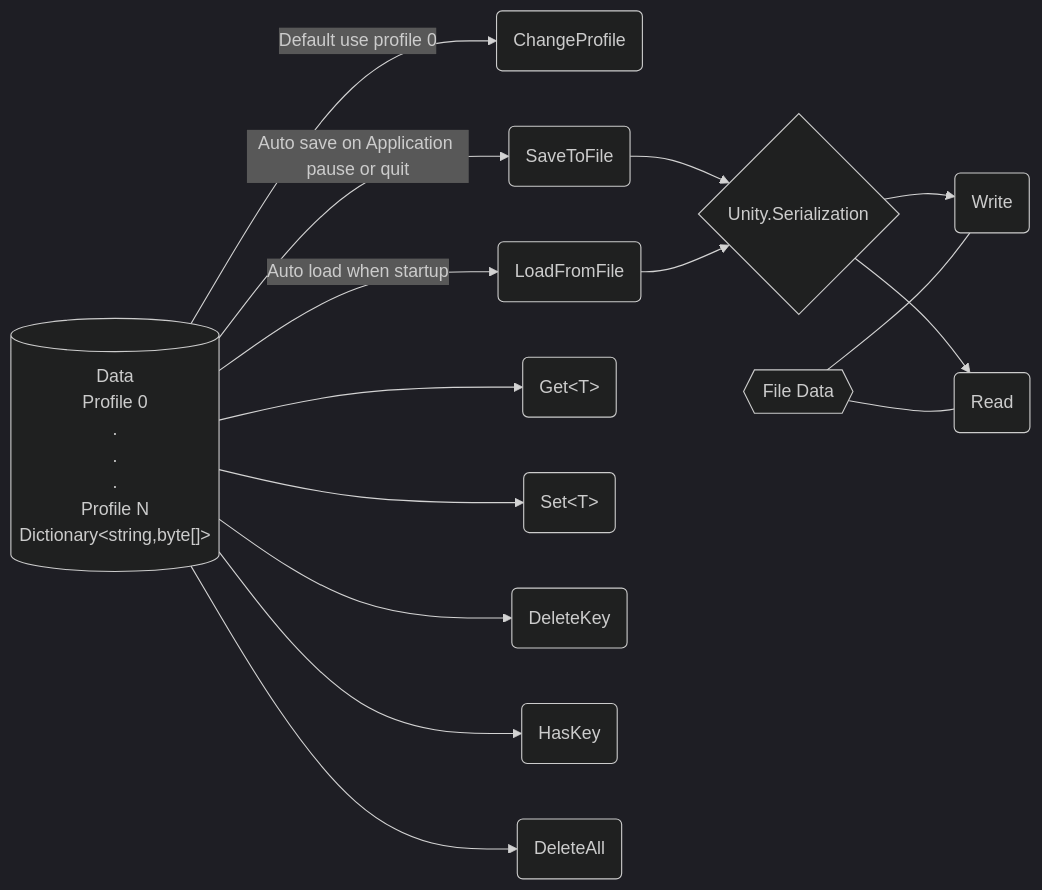
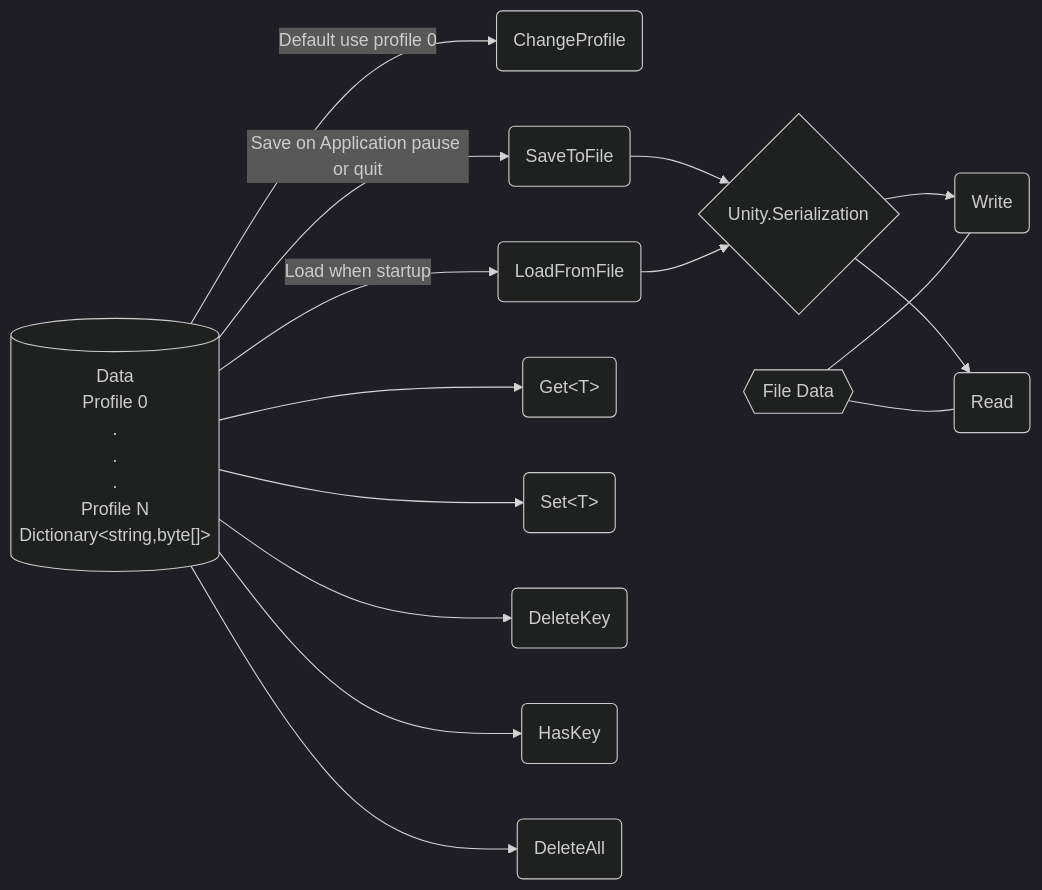
Before and after one commit to unity-package/game-data-unity: the diagram in README.md, drawn with Mermaid (dark theme).

````diff
--- a/README.md
+++ b/README.md
@@ -21,10 +21,10 @@
 ```mermaid
 flowchart LR
     Unity.Serialization{Unity.Serialization} --> W(Write) & R(Read) 
     click Unity.Serialization "https://docs.unity3d.com/Packages/com.unity.serialization@3.1/manual/index.html" _blank
     Data[("Data <br> Profile 0<br>.<br>.<br>.<br> Profile N <br> Dictionary&lt;string,byte[]>")] --> |Default use profile 0| ChangeProfile(ChangeProfile) 
-    Data --> |Auto save on Application pause or quit| SaveToFile(SaveToFile)--> Unity.Serialization
-    Data --> |Auto load when startup| LoadFromFile(LoadFromFile)--> Unity.Serialization
+    Data --> |Save on Application pause or quit| SaveToFile(SaveToFile)--> Unity.Serialization
+    Data --> |Load when startup| LoadFromFile(LoadFromFile)--> Unity.Serialization
     Data --> Get(Get&lt;T>) & Set(Set&lt;T>) & DeleteKey(DeleteKey) & HasKey(HasKey) & DeleteAll(DeleteAll)
     File{{File Data}} --- W & R
 ```
````
